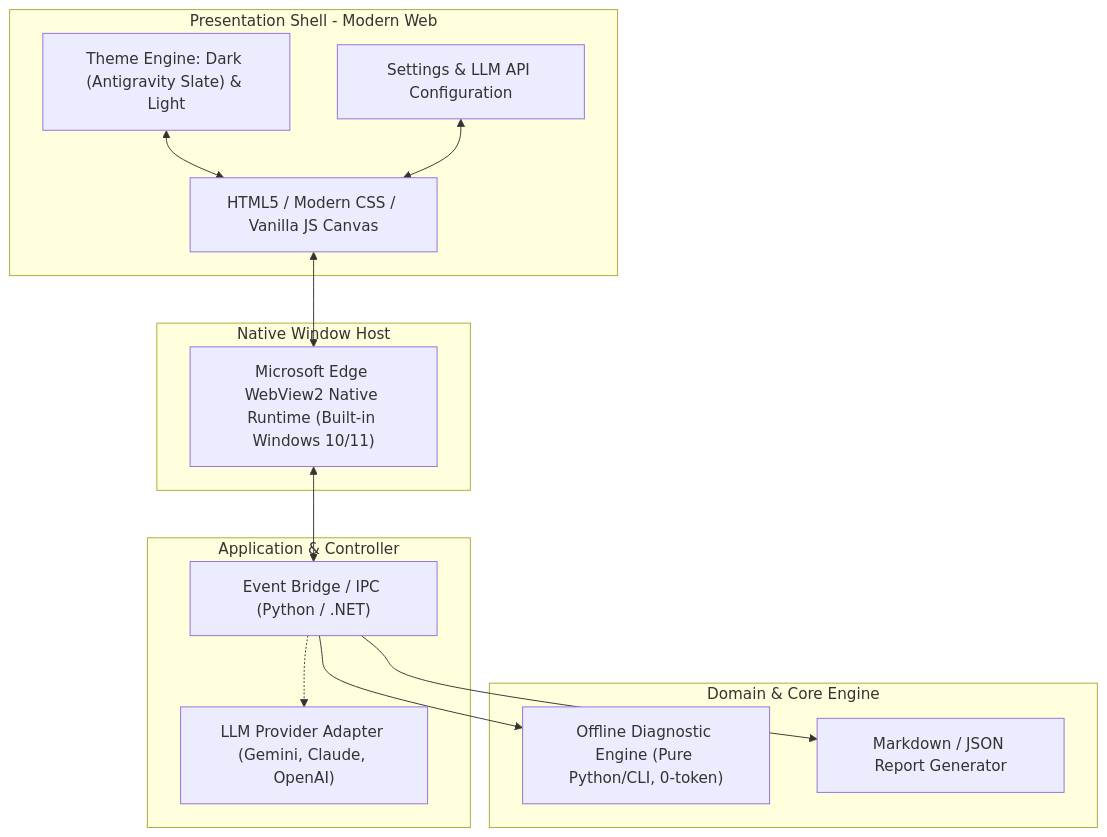
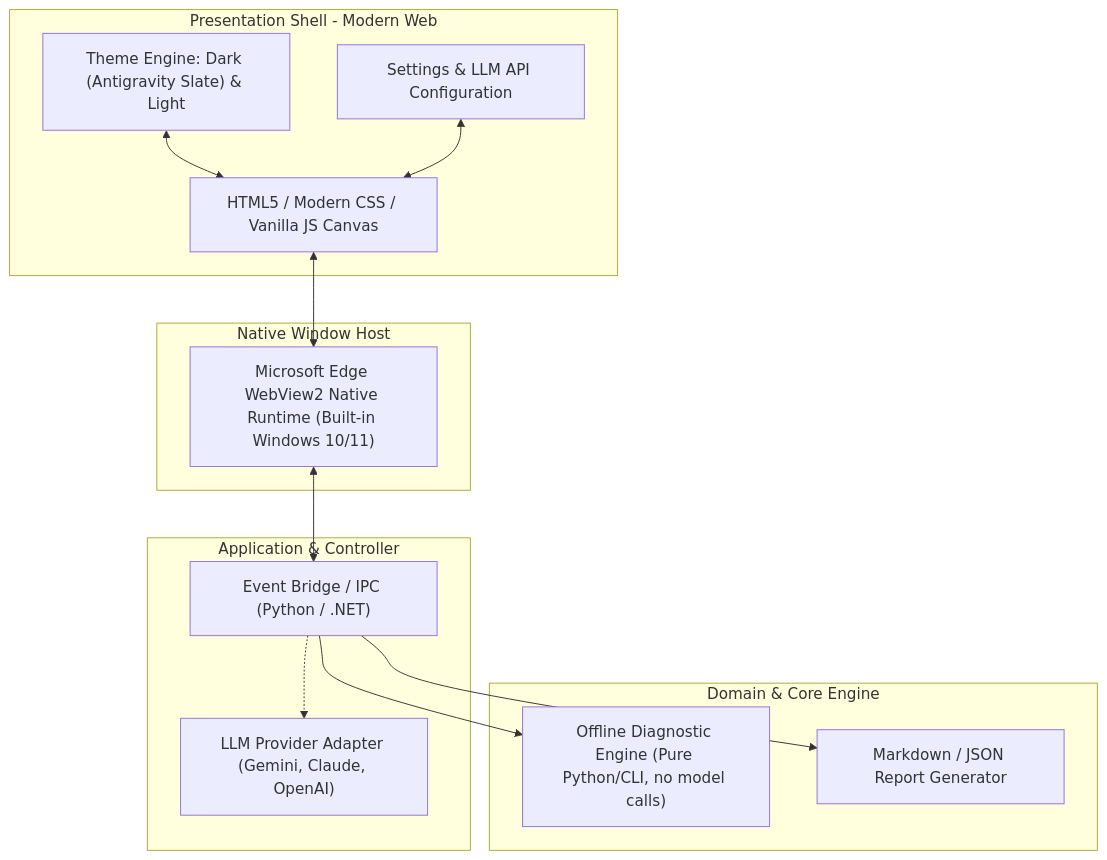
The diagram in adrs/0011-desktop-and-tooling-architecture.md (Dokhacgiakhoa/Project-Builder-4-Agents), drawn with Mermaid before and after one commit. The commit also changed other lines of this file and 30 other files, not shown here.

````diff
--- a/adrs/0011-desktop-and-tooling-architecture.md
+++ b/adrs/0011-desktop-and-tooling-architecture.md
@@ -24,30 +24,30 @@
 ```mermaid
 flowchart TD
     subgraph Presentation [Presentation Shell - Modern Web]
         WebCanvas["HTML5 / Modern CSS / Vanilla JS Canvas"]
         ThemeManager["Theme Engine: Dark (Antigravity Slate) & Light"]
         SettingsModal["Settings & LLM API Configuration"]
     end
 
     subgraph Host [Native Window Host]
         WV2["Microsoft Edge WebView2 Native Runtime (Built-in Windows 10/11)"]
     end
 
     subgraph Application ["Application & Controller"]
         Bridge["Event Bridge / IPC (Python / .NET)"]
         LLMAdapter["LLM Provider Adapter (Gemini, Claude, OpenAI)"]
     end
 
     subgraph Core ["Domain & Core Engine"]
-        Engine["Offline Diagnostic Engine (Pure Python/CLI, 0-token)"]
+        Engine["Offline Diagnostic Engine (Pure Python/CLI, no model calls)"]
         ReportGen["Markdown / JSON Report Generator"]
     end
 
     WebCanvas <--> WV2
     ThemeManager <--> WebCanvas
     SettingsModal <--> WebCanvas
     WV2 <--> Bridge
     Bridge --> Engine
     Bridge --> ReportGen
     Bridge -.-> LLMAdapter
 ```
````
